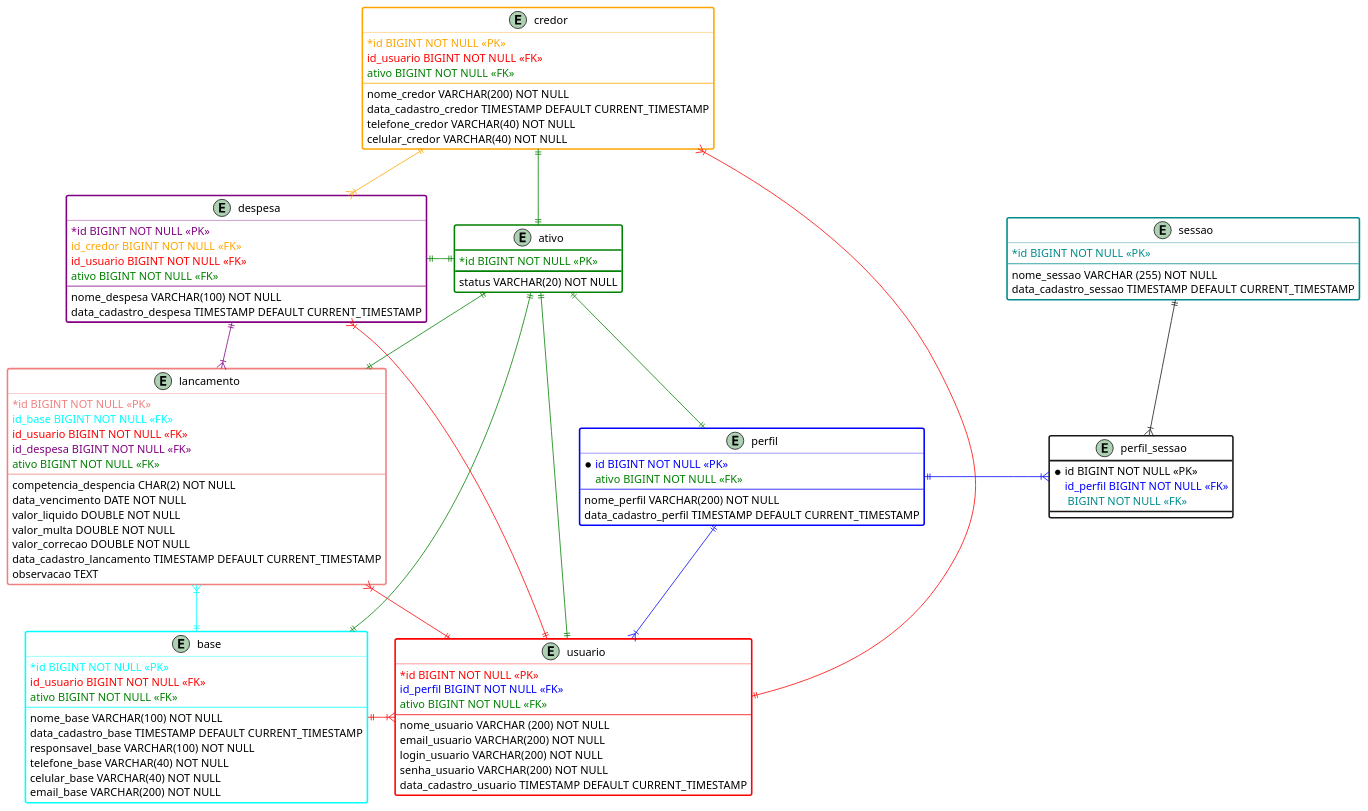
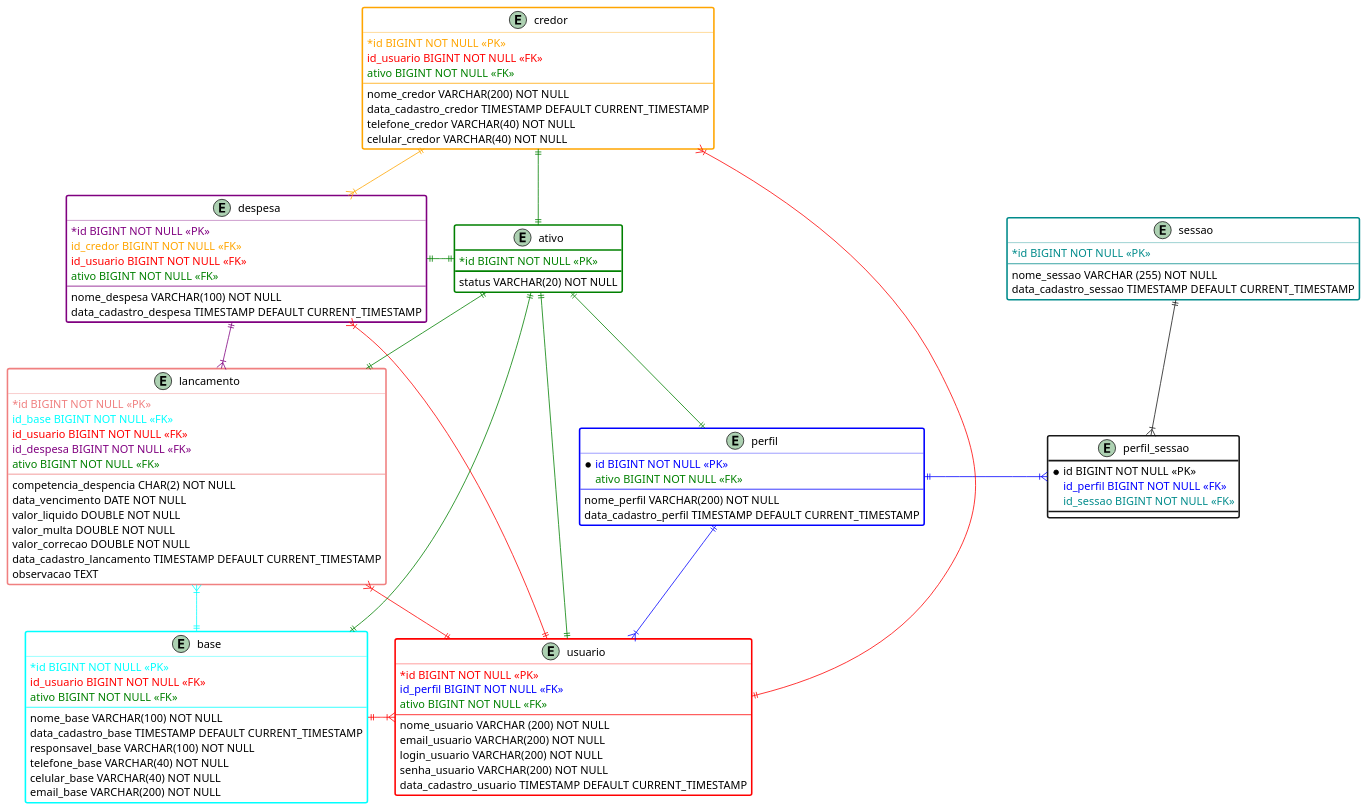
One commit to galaticghost/precificacao-pecas changed the diagram in modelagem/bancoProjetoUm.wsd. Above: the diagram before and after it, drawn with PlantUML. The commit also changed 2 other files, not shown here.

```diff
--- a/modelagem/bancoProjetoUm.wsd
+++ b/modelagem/bancoProjetoUm.wsd
@@ -1,110 +1,110 @@
 @startuml projetoUM
 
 entity perfil  #white;line.bold;line:blue {
     *<color:blue>id BIGINT NOT NULL <<PK>>
     <color:green>ativo BIGINT NOT NULL <<FK>>
     --
     nome_perfil VARCHAR(200) NOT NULL
     data_cadastro_perfil TIMESTAMP DEFAULT CURRENT_TIMESTAMP
 }
 
 entity perfil_sessao  #white;line.bold; {
     *id BIGINT NOT NULL <<PK>>
     <color:blue>id_perfil BIGINT NOT NULL <<FK>>
-    <color:DarkCyan> BIGINT NOT NULL <<FK>>
+    <color:DarkCyan>id_sessao BIGINT NOT NULL <<FK>>
 }
 
 entity sessao #white;line.bold;line:DarkCyan {
     <color:DarkCyan>*id BIGINT NOT NULL <<PK>>
     --
     nome_sessao VARCHAR (255) NOT NULL
     data_cadastro_sessao TIMESTAMP DEFAULT CURRENT_TIMESTAMP
 }
 
 entity ativo #white;line.bold;line:green {
     <color:green>*id BIGINT NOT NULL <<PK>>
     status VARCHAR(20) NOT NULL
 }
 
 entity usuario  #white;line.bold;line:red {
     <color:red>*id BIGINT NOT NULL <<PK>>
     <color:blue>id_perfil BIGINT NOT NULL <<FK>>
     <color:green>ativo BIGINT NOT NULL <<FK>>
     --
     nome_usuario VARCHAR (200) NOT NULL
     email_usuario VARCHAR(200) NOT NULL
     login_usuario VARCHAR(200) NOT NULL
     senha_usuario VARCHAR(200) NOT NULL
     data_cadastro_usuario TIMESTAMP DEFAULT CURRENT_TIMESTAMP
 }
 
 entity credor #white;line.bold;line:Orange {
     <color:Orange>*id BIGINT NOT NULL <<PK>>
     <color:red>id_usuario BIGINT NOT NULL <<FK>>
     <color:green>ativo BIGINT NOT NULL <<FK>>
     --
     nome_credor VARCHAR(200) NOT NULL
     data_cadastro_credor TIMESTAMP DEFAULT CURRENT_TIMESTAMP
     telefone_credor VARCHAR(40) NOT NULL
     celular_credor VARCHAR(40) NOT NULL 
 }
 
 entity despesa #white;line.bold;line:purple {
     <color:purple>*id BIGINT NOT NULL <<PK>>
     <color:Orange>id_credor BIGINT NOT NULL <<FK>>
     <color:red>id_usuario BIGINT NOT NULL <<FK>>
     <color:green>ativo BIGINT NOT NULL <<FK>>
     --
     nome_despesa VARCHAR(100) NOT NULL
     data_cadastro_despesa TIMESTAMP DEFAULT CURRENT_TIMESTAMP
 }
 
 entity base #white;line.bold;line:Aqua {
     <color:Aqua>*id BIGINT NOT NULL <<PK>>
     <color:red>id_usuario BIGINT NOT NULL <<FK>>
     <color:green>ativo BIGINT NOT NULL <<FK>>
     --
     nome_base VARCHAR(100) NOT NULL
     data_cadastro_base TIMESTAMP DEFAULT CURRENT_TIMESTAMP
     responsavel_base VARCHAR(100) NOT NULL
     telefone_base VARCHAR(40) NOT NULL
     celular_base VARCHAR(40) NOT NULL
     email_base VARCHAR(200) NOT NULL
 }
 
 entity lancamento  #white;line.bold;line:LightCoral  {
     <color:LightCoral>*id BIGINT NOT NULL <<PK>>
     <color:Aqua>id_base BIGINT NOT NULL <<FK>>
     <color:red>id_usuario BIGINT NOT NULL <<FK>>
     <color:Purple>id_despesa BIGINT NOT NULL <<FK>>
     <color:green>ativo BIGINT NOT NULL <<FK>>
     --
     competencia_despencia CHAR(2) NOT NULL
     data_vencimento DATE NOT NULL
     valor_liquido DOUBLE NOT NULL
     valor_multa DOUBLE NOT NULL
     valor_correcao DOUBLE NOT NULL
     data_cadastro_lancamento TIMESTAMP DEFAULT CURRENT_TIMESTAMP
     observacao TEXT
 }
 
 perfil ||-[#blue]right-|{ usuario
 perfil ||-[#blue]right-|{ perfil_sessao
 sessao ||-down-|{ perfil_sessao
 credor }|-[#red]left-|| usuario
 base ||-[#red]right-|{ usuario
 lancamento }|-[#red]down-|| usuario
 lancamento }|-[#Aqua]down-|| base
 lancamento }|-[#purple]down-|| despesa
 credor ||-[#Orange]down-|{ despesa
 usuario ||-[#red]left-|{ despesa
 
 ativo ||-[#green]-|| perfil
 ativo ||-[#green]-|| usuario
 ativo ||-[#green]-|| lancamento
 ativo ||-[#green]-|| base
 ativo ||-[#green]left-|| despesa
 ativo ||-[#green]left-|| credor
 
 
 @enduml
```
